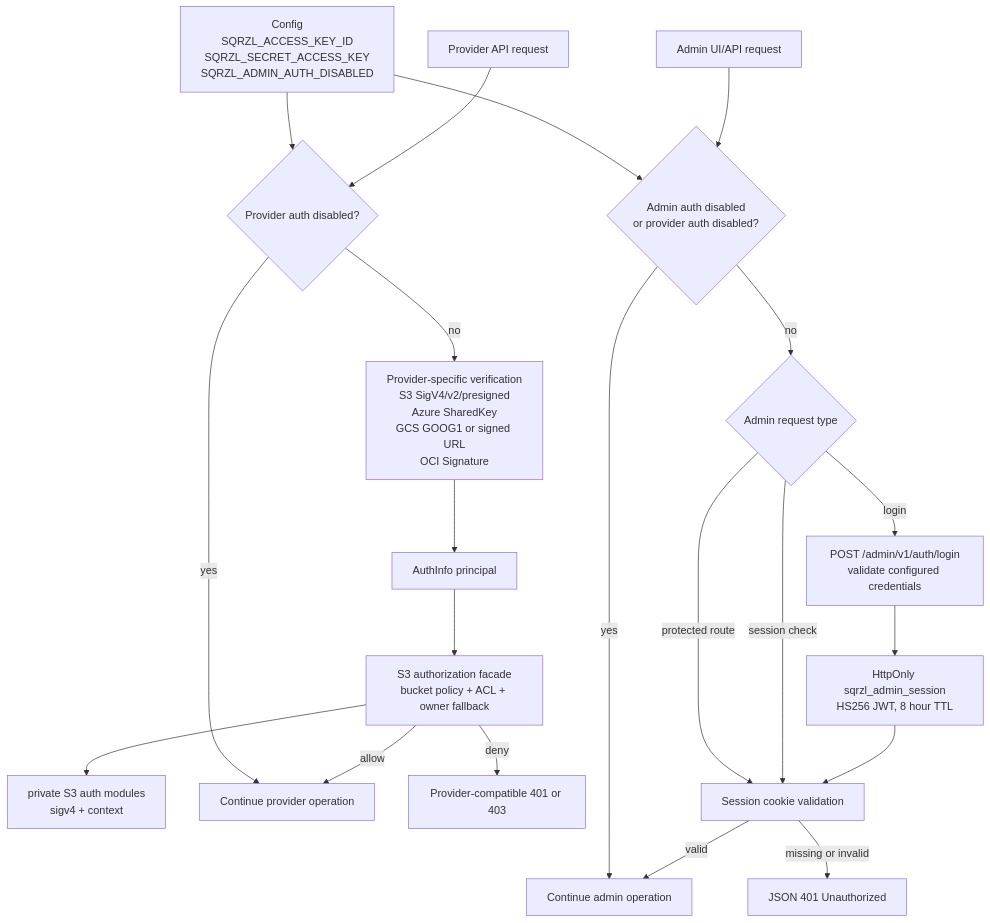
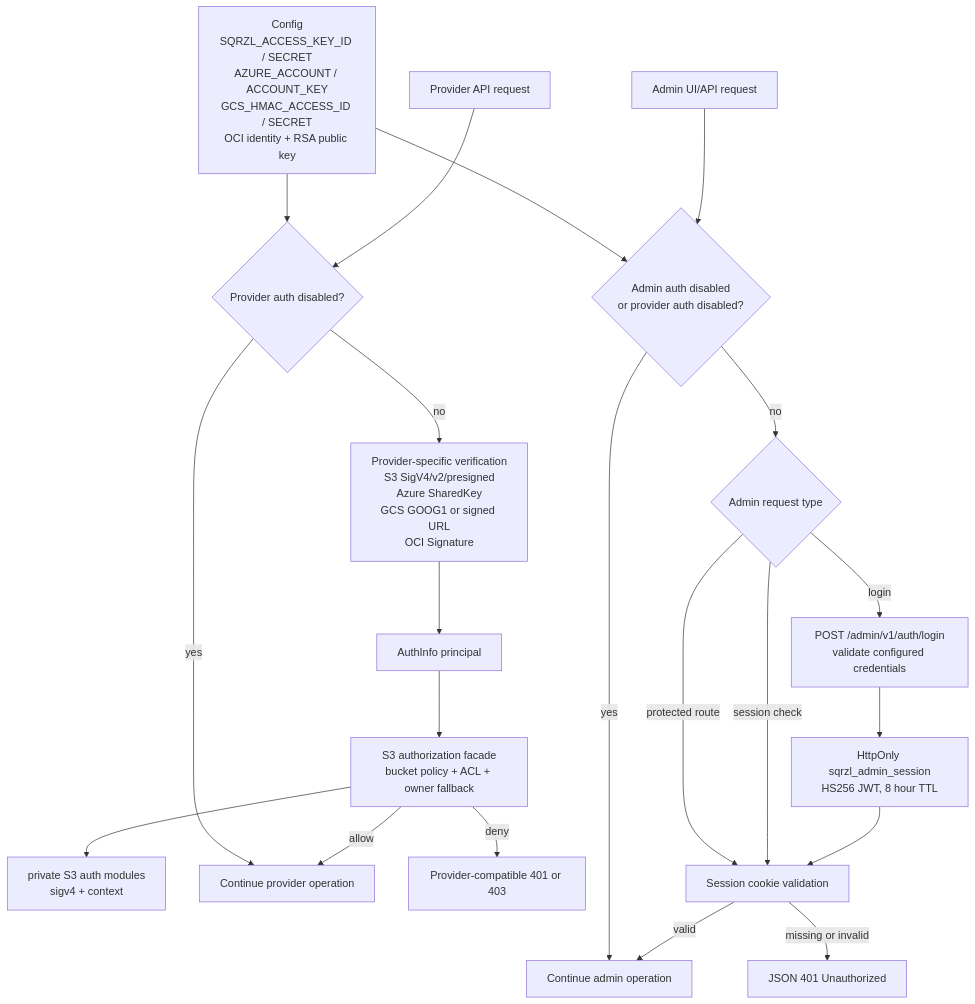
Before and after one commit to sqrzl/sqrzl-emulator: the eighth of 11 diagrams in docs/architecture.md, drawn with Mermaid. The commit also changed other lines of this file and 38 other files, not shown here.

````diff
--- a/docs/architecture.md
+++ b/docs/architecture.md
@@ -298,43 +321,43 @@
 ```mermaid
 flowchart TD
-    Config["Config<br/>SQRZL_ACCESS_KEY_ID<br/>SQRZL_SECRET_ACCESS_KEY<br/>SQRZL_ADMIN_AUTH_DISABLED"]
+    Config["Config<br/>SQRZL_ACCESS_KEY_ID / SECRET<br/>AZURE_ACCOUNT / ACCOUNT_KEY<br/>GCS_HMAC_ACCESS_ID / SECRET<br/>OCI identity + RSA public key"]
     ProviderRequest["Provider API request"]
     AdminRequest["Admin UI/API request"]
 
     ProviderAuth{"Provider auth disabled?"}
     ProviderSpecific["Provider-specific verification<br/>S3 SigV4/v2/presigned<br/>Azure SharedKey<br/>GCS GOOG1 or signed URL<br/>OCI Signature"]
     AuthInfo["AuthInfo principal"]
     PolicyAcl["S3 authorization facade<br/>bucket policy + ACL + owner fallback"]
     AuthModules["private S3 auth modules<br/>sigv4 + context"]
     ProviderAllow["Continue provider operation"]
     ProviderDeny["Provider-compatible 401 or 403"]
 
     AdminBypass{"Admin auth disabled<br/>or provider auth disabled?"}
     AdminPath{"Admin request type"}
     Login["POST /admin/v1/auth/login<br/>validate configured credentials"]
     Cookie["HttpOnly sqrzl_admin_session<br/>HS256 JWT, 8 hour TTL"]
     SessionCheck["Session cookie validation"]
     AdminAllow["Continue admin operation"]
     AdminDeny["JSON 401 Unauthorized"]
 
     Config --> ProviderAuth
     Config --> AdminBypass
     ProviderRequest --> ProviderAuth
     ProviderAuth -- yes --> ProviderAllow
     ProviderAuth -- no --> ProviderSpecific
     ProviderSpecific --> AuthInfo
     AuthInfo --> PolicyAcl --> AuthModules
     PolicyAcl -- allow --> ProviderAllow
     PolicyAcl -- deny --> ProviderDeny
 
     AdminRequest --> AdminBypass
     AdminBypass -- yes --> AdminAllow
     AdminBypass -- no --> AdminPath
     AdminPath -- login --> Login
     AdminPath -- protected route --> SessionCheck
     AdminPath -- session check --> SessionCheck
     Login --> Cookie
     Cookie --> SessionCheck
     SessionCheck -- valid --> AdminAllow
     SessionCheck -- missing or invalid --> AdminDeny
 ```
````
